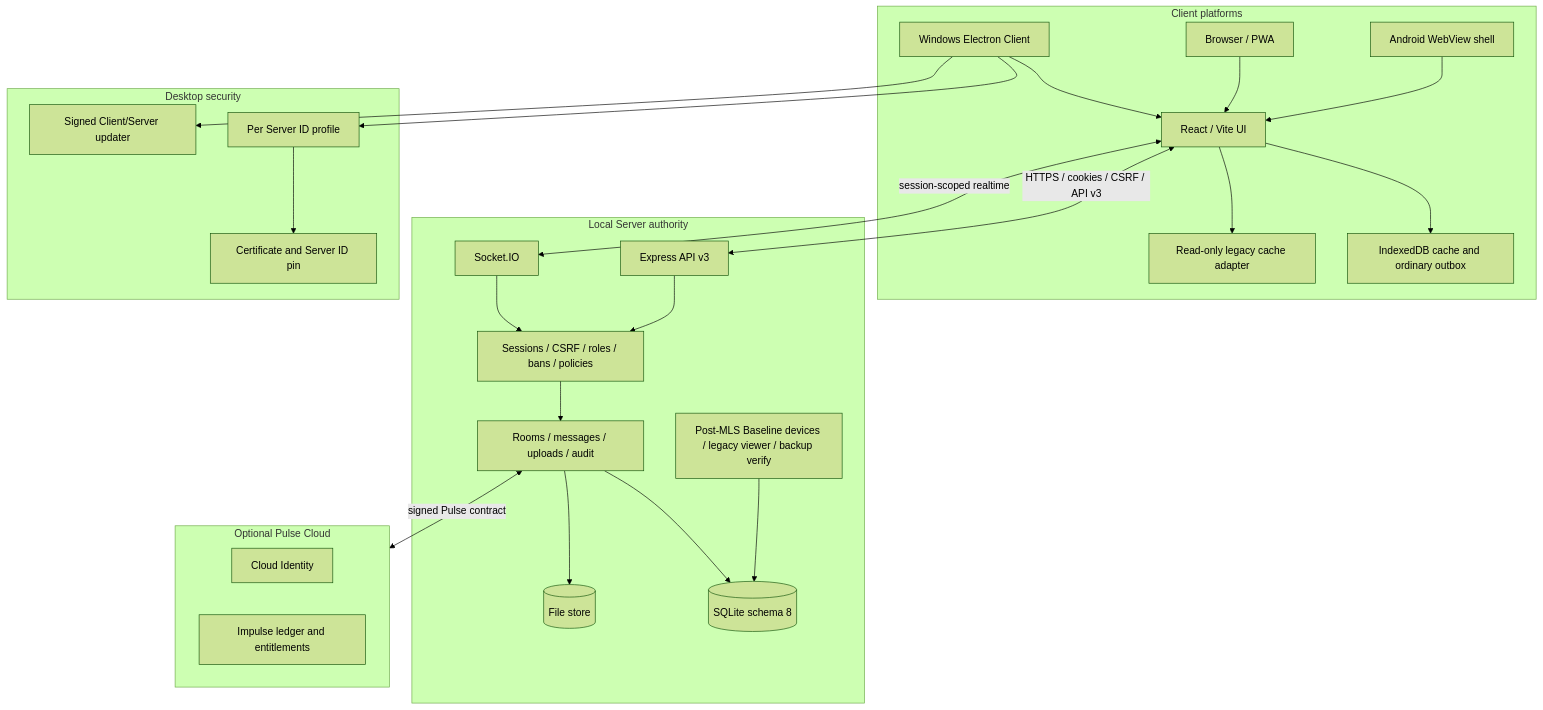
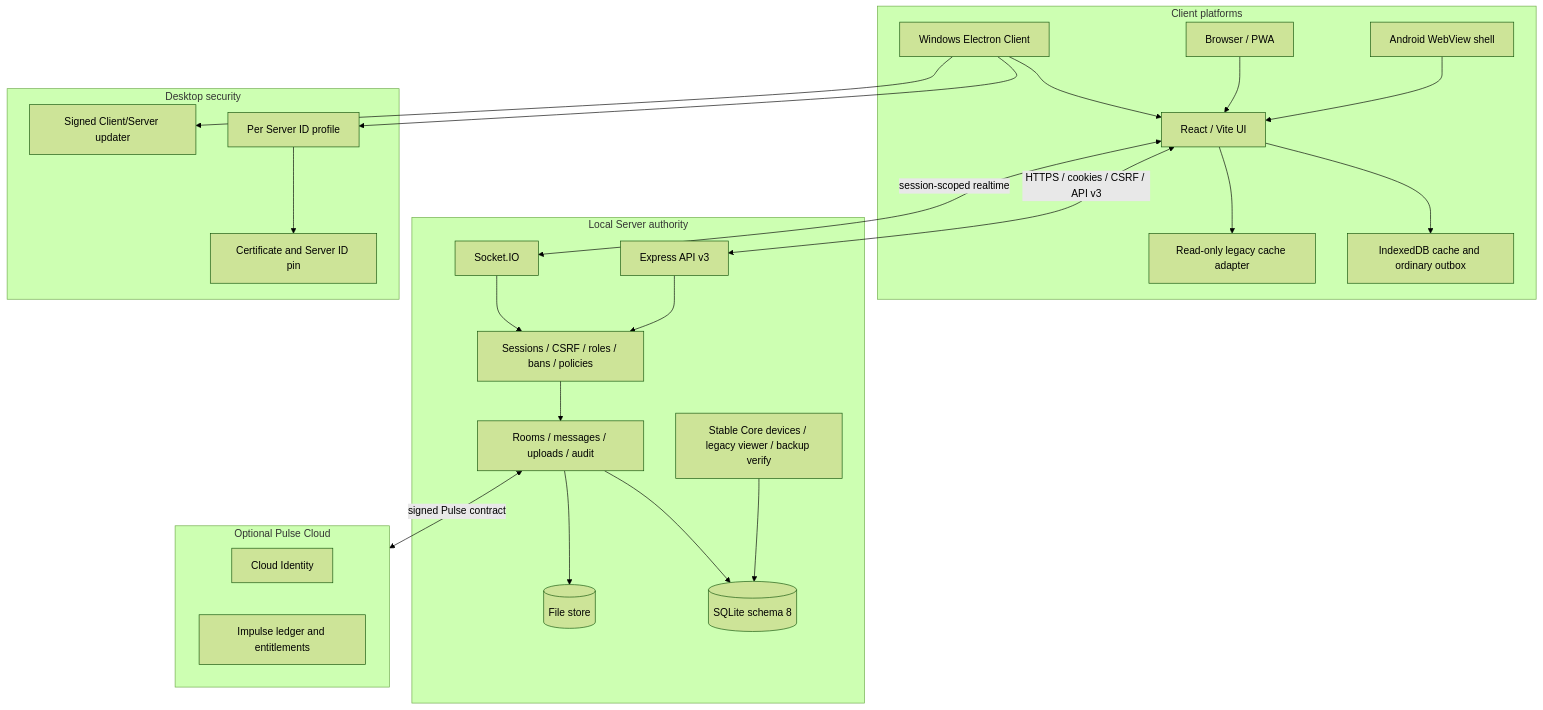
The diagram in docs/ARCHITECTURE.md (Onmaynec/Nexora), drawn with Mermaid (forest theme) before and after one commit. The commit also changed other lines of this file and 40 other files, not shown here.

````diff
--- a/docs/ARCHITECTURE.md
+++ b/docs/ARCHITECTURE.md
@@ -16,48 +16,48 @@
 ```mermaid
 flowchart TB
   subgraph Platforms[Client platforms]
     WIN[Windows Electron Client]
     PWA[Browser / PWA]
     AND[Android WebView shell]
     UI[React / Vite UI]
     CACHE[IndexedDB cache and ordinary outbox]
     LEGACY[Read-only legacy cache adapter]
     WIN --> UI
     PWA --> UI
     AND --> UI
     UI --> CACHE
     UI --> LEGACY
   end
 
   subgraph Server[Local Server authority]
     API[Express API v3]
     RT[Socket.IO]
     AUTH[Sessions / CSRF / roles / bans / policies]
     CORE[Rooms / messages / uploads / audit]
-    STABLE[Post-MLS Baseline devices / legacy viewer / backup verify]
+    STABLE[Stable Core devices / legacy viewer / backup verify]
     DB[(SQLite schema 8)]
     FILES[(File store)]
     API --> AUTH --> CORE
     RT --> AUTH
     CORE --> DB
     CORE --> FILES
     STABLE --> DB
   end
 
   subgraph Desktop[Desktop security]
     PROFILE[Per Server ID profile]
     PIN[Certificate and Server ID pin]
     UPDATE[Signed Client/Server updater]
   end
 
   subgraph Cloud[Optional Pulse Cloud]
     ID[Cloud Identity]
     LEDGER[Impulse ledger and entitlements]
   end
 
   UI <-->|HTTPS / cookies / CSRF / API v3| API
   UI <-->|session-scoped realtime| RT
   WIN --> PROFILE --> PIN
   WIN --> UPDATE
   CORE <-->|signed Pulse contract| Cloud
 ```
````
